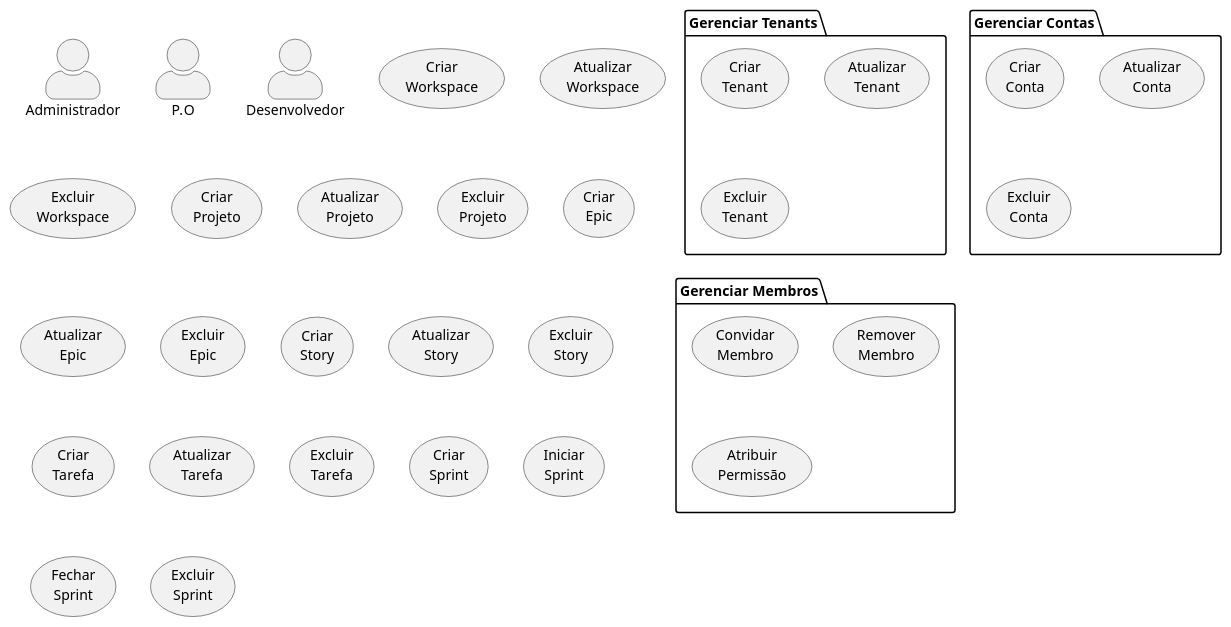
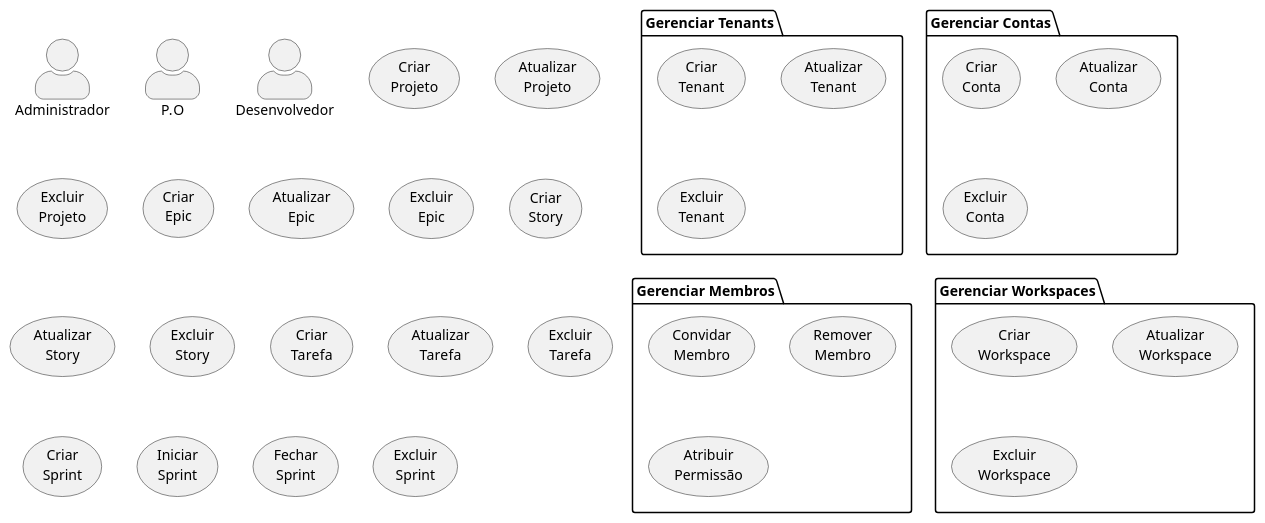
One commit to jairokoning/sprint_manager_uml changed the diagram in use_case.plantuml. Above: the diagram before and after it, drawn with PlantUML.

Commit message:
feat: add use case package manage workspaces

```diff
--- a/use_case.plantuml
+++ b/use_case.plantuml
@@ -1,56 +1,58 @@
 @startuml ""
 ' http://www.plantuml.com/plantuml/uml/SoWkIImgAStDuUBISCiiAYvHA2rEJKuiJjNaqd3Coo_9I2s2YoWa5YjeX3eRQN91HHH2dOtXR0sVnEAIc3nanQ7E9bnS3gbvAI3p0G00
 skinparam TextAlign center
 skinparam actorStyle awesome
 
 actor Administrador as adm
 actor P.O as po
 actor Desenvolvedor as dev
 
 package "Gerenciar Tenants" {
   usecase "Criar\nTenant" as createTenant
   usecase "Atualizar\nTenant" as updateTenant
   usecase "Excluir\nTenant" as deleteTenant
 }
 
 package "Gerenciar Contas" {
   usecase "Criar\nConta" as createAccount
   usecase "Atualizar\nConta" as updateAccount
   usecase "Excluir\nConta" as deleteAccount
 }
 
 package "Gerenciar Membros" {
   usecase "Convidar\nMembro" as inviteMember
   usecase "Remover\nMembro" as removeMember
   usecase "Atribuir\nPermissão" as setPermission
 }
 
-usecase "Criar\nWorkspace" as createWorkspace
-usecase "Atualizar\nWorkspace" as updateWorkspace
-usecase "Excluir\nWorkspace" as deleteWorkspace
+package "Gerenciar Workspaces" {
+  usecase "Criar\nWorkspace" as createWorkspace
+  usecase "Atualizar\nWorkspace" as updateWorkspace
+  usecase "Excluir\nWorkspace" as deleteWorkspace
+}
 
 usecase "Criar\nProjeto" as createProject
 usecase "Atualizar\nProjeto" as updateProject
 usecase "Excluir\nProjeto" as deleteProject
 
 usecase "Criar\nEpic" as createEpic
 usecase "Atualizar\nEpic" as updateEpic
 usecase "Excluir\nEpic" as deleteEpic
 
 usecase "Criar\nStory" as createStory
 usecase "Atualizar\nStory" as updateStory
 usecase "Excluir\nStory" as deleteStory
 
 usecase "Criar\nTarefa" as createTask
 usecase "Atualizar\nTarefa" as updateTask
 usecase "Excluir\nTarefa" as deleteTask
 
 usecase "Criar\nSprint" as createSprint
 usecase "Iniciar\nSprint" as openSprint
 usecase "Fechar\nSprint" as closeSprint
 usecase "Excluir\nSprint" as deleteSprint
 
 'Quando concluir todas tarefas de um recurso, deve automaticamente concluir o Recurso, e quando concluir todos os recursos de Epic, deve concluir o Epi
 'Criar um grafico de gantt baseado nas tarefas
 
 @enduml
```
